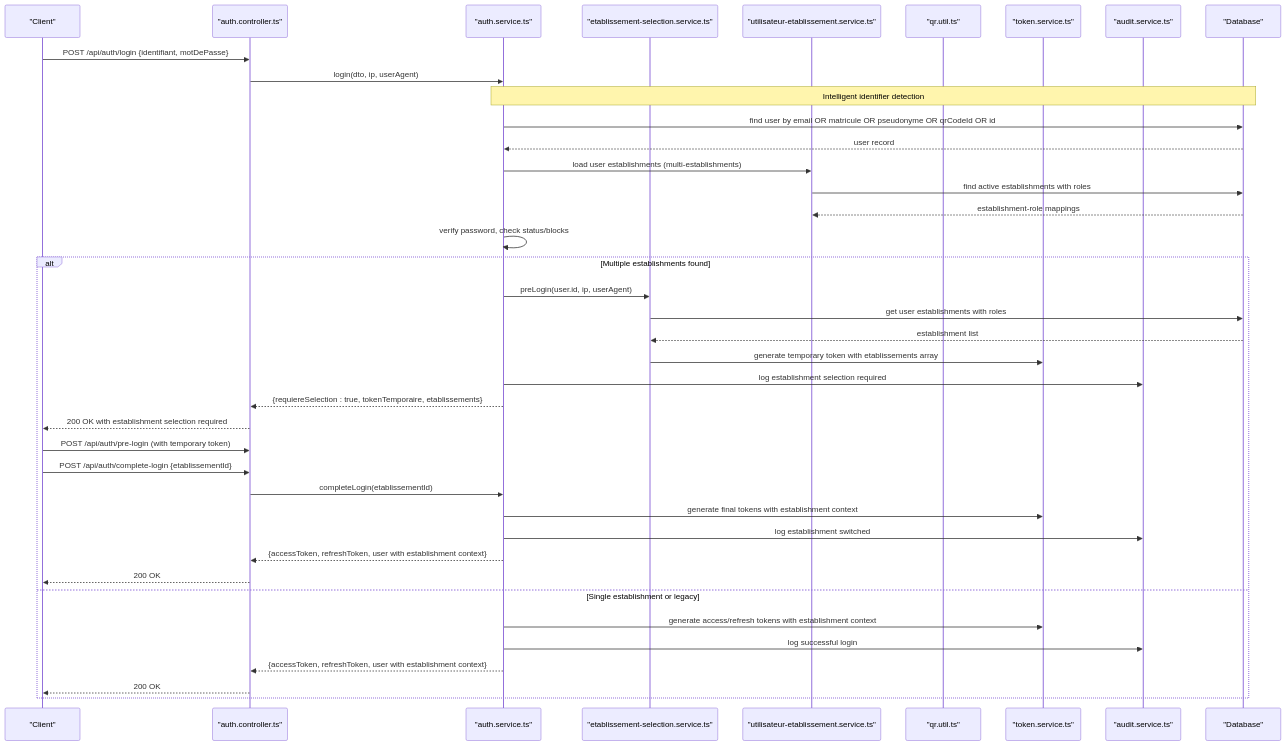
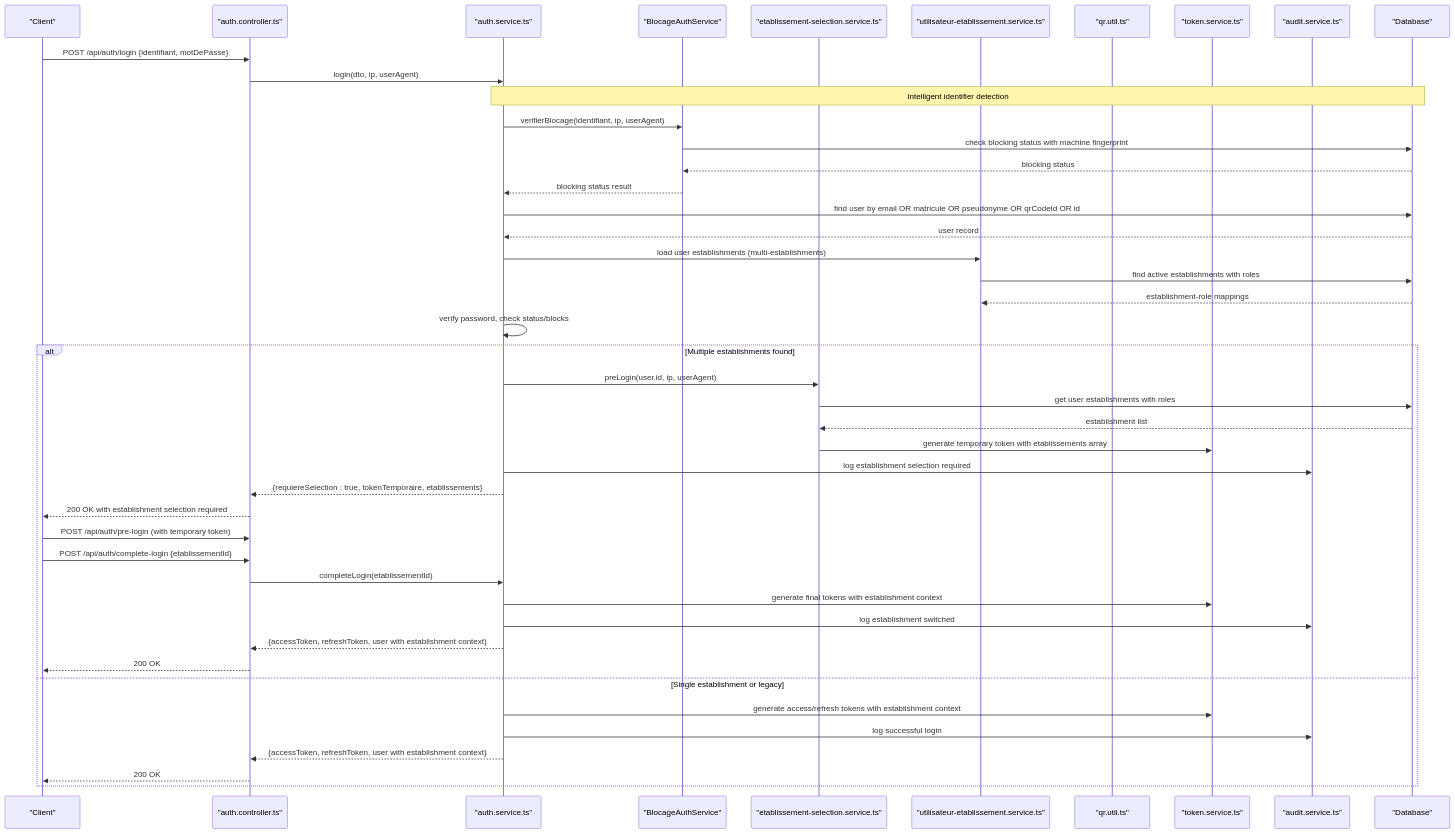
One commit to franckylab/eLISAschool changed the second of 15 diagrams in .qoder/repowiki/en/content/Authentication & Authorization/Authentication Flow.md. Above: the diagram before and after it, drawn with Mermaid. The commit also changed other lines of this file and 66 other files, not shown here.

First line of the commit message:
feat(auth): intégrer système de blocage à deux niveaux et suivi en temps réel

````diff
--- a/.qoder/repowiki/en/content/Authentication & Authorization/Authentication Flow.md
+++ b/.qoder/repowiki/en/content/Authentication & Authorization/Authentication Flow.md
@@ -237,42 +262,47 @@
 ```mermaid
 sequenceDiagram
 participant Client as "Client"
 participant Ctrl as "auth.controller.ts"
 participant Svc as "auth.service.ts"
+participant BAS as "BlocageAuthService"
 participant ESS as "etablissement-selection.service.ts"
 participant UES as "utilisateur-etablissement.service.ts"
 participant QRU as "qr.util.ts"
 participant Tok as "token.service.ts"
 participant Aud as "audit.service.ts"
 participant DB as "Database"
 Client->>Ctrl : POST /api/auth/login {identifiant, motDePasse}
 Ctrl->>Svc : login(dto, ip, userAgent)
 Note over Svc,DB : Intelligent identifier detection
+Svc->>BAS : verifierBlocage(identifiant, ip, userAgent)
+BAS->>DB : check blocking status with machine fingerprint
+DB-->>BAS : blocking status
+BAS-->>Svc : blocking status result
 Svc->>DB : find user by email OR matricule OR pseudonyme OR qrCodeId OR id
 DB-->>Svc : user record
 Svc->>UES : load user establishments (multi-establishments)
 UES->>DB : find active establishments with roles
 DB-->>UES : establishment-role mappings
 Svc->>Svc : verify password, check status/blocks
 alt Multiple establishments found
 Svc->>ESS : preLogin(user.id, ip, userAgent)
 ESS->>DB : get user establishments with roles
 DB-->>ESS : establishment list
 ESS->>Tok : generate temporary token with etablissements array
 Svc->>Aud : log establishment selection required
 Svc-->>Ctrl : {requiereSelection : true, tokenTemporaire, etablissements}
 Ctrl-->>Client : 200 OK with establishment selection required
 Client->>Ctrl : POST /api/auth/pre-login (with temporary token)
 Client->>Ctrl : POST /api/auth/complete-login {etablissementId}
 Ctrl->>Svc : completeLogin(etablissementId)
 Svc->>Tok : generate final tokens with establishment context
 Svc->>Aud : log establishment switched
 Svc-->>Ctrl : {accessToken, refreshToken, user with establishment context}
 Ctrl-->>Client : 200 OK
 else Single establishment or legacy
 Svc->>Tok : generate access/refresh tokens with establishment context
 Svc->>Aud : log successful login
 Svc-->>Ctrl : {accessToken, refreshToken, user with establishment context}
 Ctrl-->>Client : 200 OK
 end
 ```
````
